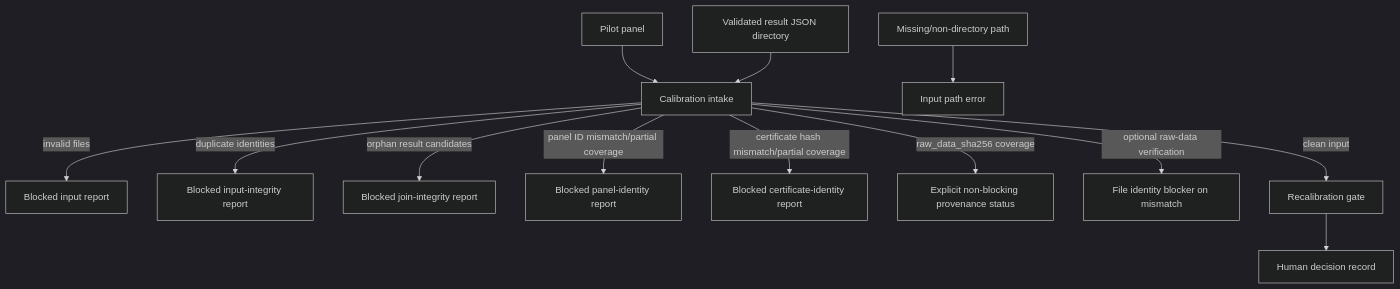
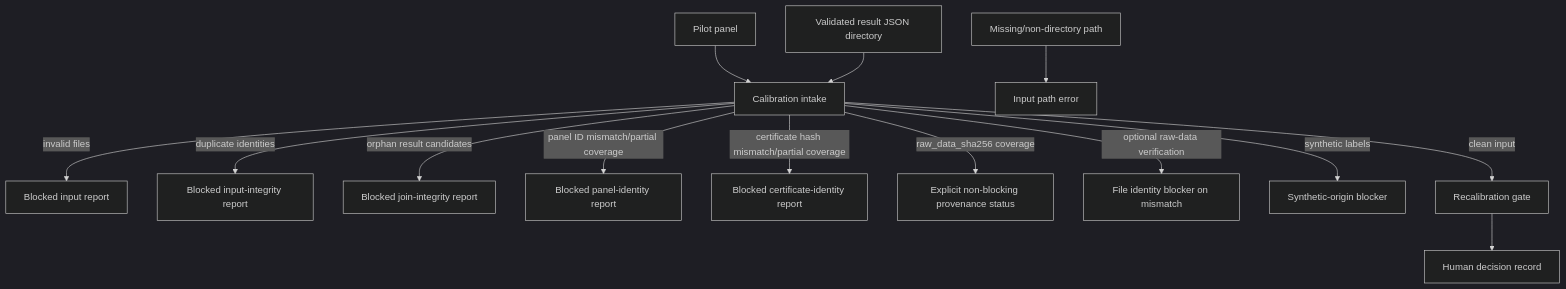
The first of 2 diagrams in src/openamp_foundry/calibration/AGENTS.md (streamentry/OpenAMP-Foundry), drawn with Mermaid (dark theme) before and after one commit. The commit also changed other lines of this file and 20 other files, not shown here.

Commit message:
fix: block synthetic results from recalibration

````diff
--- a/src/openamp_foundry/calibration/AGENTS.md
+++ b/src/openamp_foundry/calibration/AGENTS.md
@@ -31,15 +35,16 @@
 ```mermaid
 flowchart TD
   Panel["Pilot panel"] --> Intake["Calibration intake"]
   Results["Validated result JSON directory"] --> Intake
   Missing["Missing/non-directory path"] --> PathBlock["Input path error"]
   Intake -->|invalid files| Block["Blocked input report"]
   Intake -->|duplicate identities| IdentityBlock["Blocked input-integrity report"]
   Intake -->|orphan result candidates| OrphanBlock["Blocked join-integrity report"]
   Intake -->|panel ID mismatch/partial coverage| PanelBlock["Blocked panel-identity report"]
   Intake -->|certificate hash mismatch/partial coverage| CertBlock["Blocked certificate-identity report"]
   Intake -->|raw_data_sha256 coverage| Provenance["Explicit non-blocking provenance status"]
   Intake -->|optional raw-data verification| RawBlock["File identity blocker on mismatch"]
+  Intake -->|synthetic labels| SyntheticBlock["Synthetic-origin blocker"]
   Intake -->|clean input| Gate["Recalibration gate"]
   Gate --> Human["Human decision record"]
 ```
````
